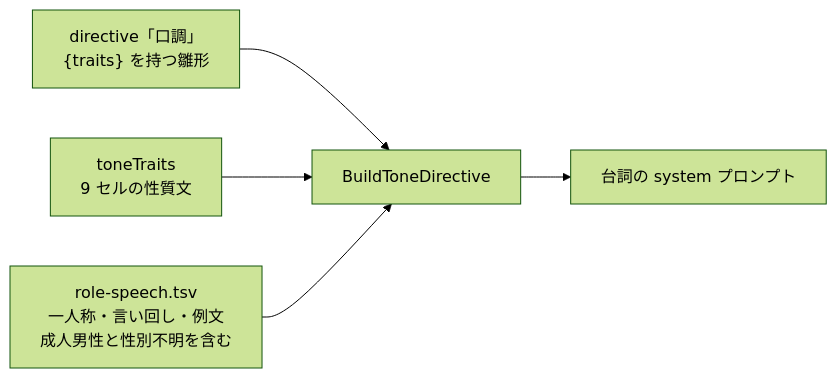
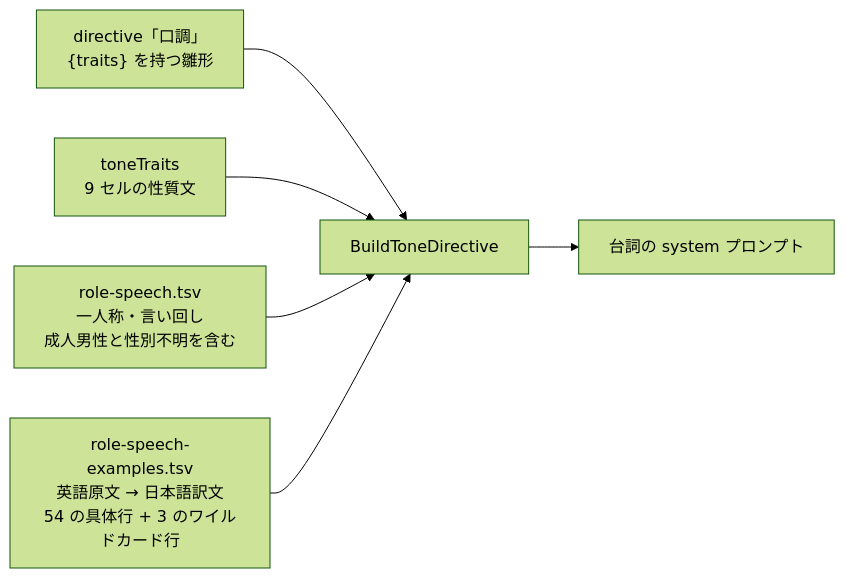
The second of 2 diagrams in docs/exec-plans/active/translation-prompt-revision/design.md (ishibata91/AITranslationEngineJP), drawn with Mermaid (forest theme) before and after one commit. The commit also changed other lines of this file and 34 other files, not shown here.

````diff
--- a/docs/exec-plans/active/translation-prompt-revision/design.md
+++ b/docs/exec-plans/active/translation-prompt-revision/design.md
@@ -117,12 +127,14 @@
 ```mermaid
 flowchart LR
   D["directive「口調」<br>{traits} を持つ雛形"]
   TT["toneTraits<br>9 セルの性質文"]
-  RS["role-speech.tsv<br>一人称・言い回し・例文<br>成人男性と性別不明を含む"]
+  RS["role-speech.tsv<br>一人称・言い回し<br>成人男性と性別不明を含む"]
+  EX["role-speech-examples.tsv<br>英語原文 → 日本語訳文<br>54 の具体行 + 3 のワイルドカード行"]
   B["BuildToneDirective"]
   SYS["台詞の system プロンプト"]
   D --> B
   TT --> B
   RS --> B
+  EX --> B
   B --> SYS
 ```
````
